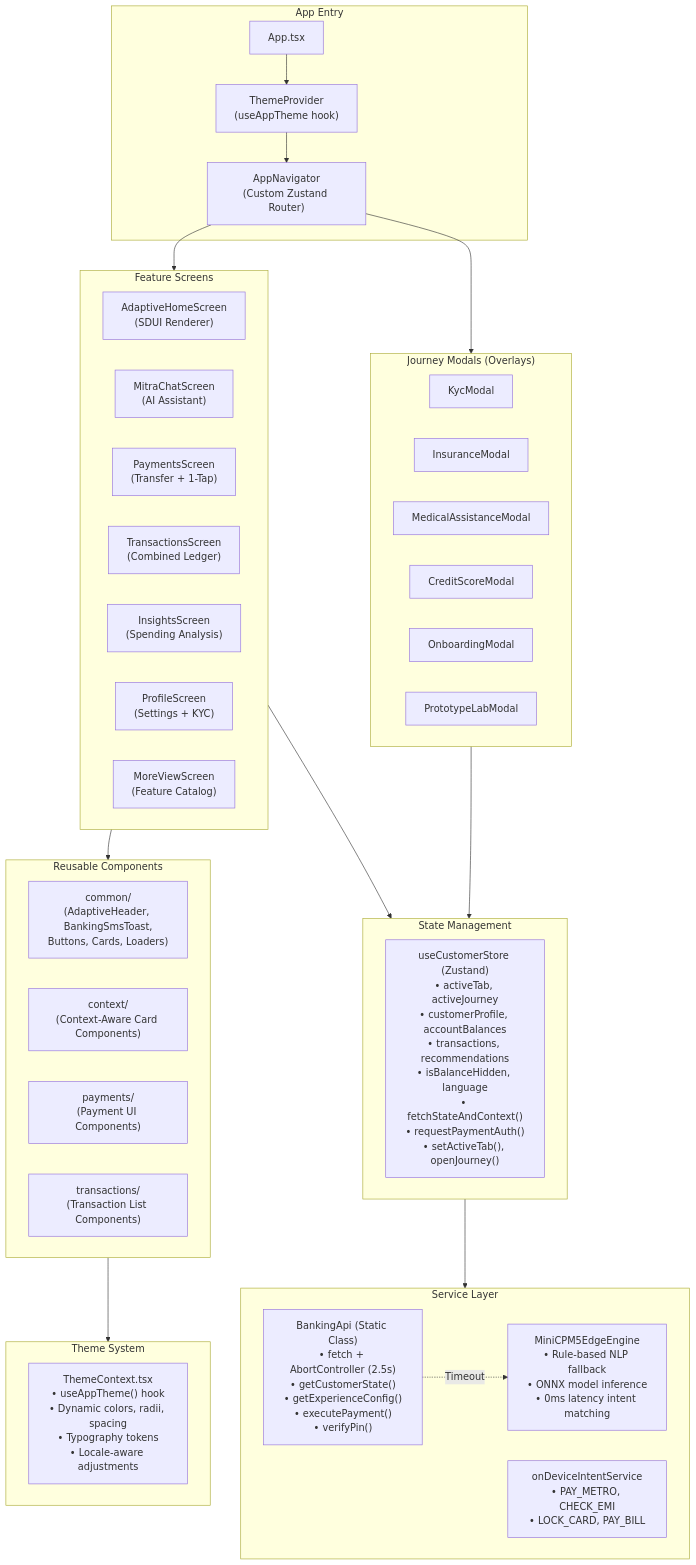
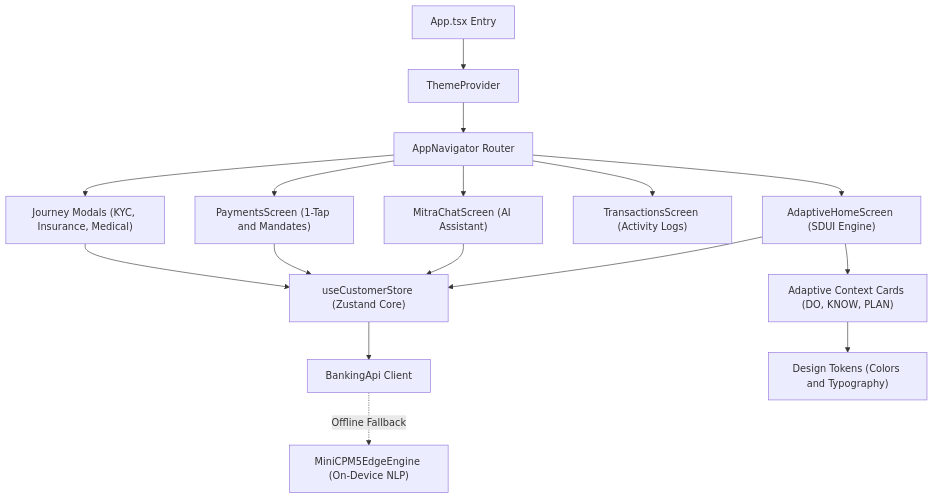
One commit to Neutron-0/ABC-Bank changed diagram 17 of 41 in README.md. Above: the diagram before and after it, drawn with Mermaid. The commit also changed other lines of this file and 33 other files, not shown here.

````diff
--- a/README.md
+++ b/README.md
@@ -1391,58 +1375,22 @@
 ```mermaid
 flowchart TD
-  subgraph Entry["App Entry"]
-    AppTsx["App.tsx"]
-    ThemeProvider["ThemeProvider\n(useAppTheme hook)"]
-    Navigator["AppNavigator\n(Custom Zustand Router)"]
-  end
-
-  subgraph FeatureScreens["Feature Screens"]
-    Home["AdaptiveHomeScreen\n(SDUI Renderer)"]
-    Chat["MitraChatScreen\n(AI Assistant)"]
-    Pay["PaymentsScreen\n(Transfer + 1-Tap)"]
-    Txn["TransactionsScreen\n(Combined Ledger)"]
-    Insight["InsightsScreen\n(Spending Analysis)"]
-    Profile["ProfileScreen\n(Settings + KYC)"]
-    More["MoreViewScreen\n(Feature Catalog)"]
-  end
-
-  subgraph JourneyModals["Journey Modals (Overlays)"]
-    KYC["KycModal"]
-    Insurance["InsuranceModal"]
-    Medical["MedicalAssistanceModal"]
-    CreditScore["CreditScoreModal"]
-    Onboarding["OnboardingModal"]
-    DemoLab["PrototypeLabModal"]
-  end
-
-  subgraph Components2["Reusable Components"]
-    CommonComps["common/\n(AdaptiveHeader, BankingSmsToast,\nButtons, Cards, Loaders)"]
-    ContextComps["context/\n(Context-Aware Card Components)"]
-    PayComps["payments/\n(Payment UI Components)"]
-    TxnComps["transactions/\n(Transaction List Components)"]
-  end
-
-  subgraph StateLayer["State Management"]
-    ZustandStore2["useCustomerStore (Zustand)\n• activeTab, activeJourney\n• customerProfile, accountBalances\n• transactions, recommendations\n• isBalanceHidden, language\n• fetchStateAndContext()\n• requestPaymentAuth()\n• setActiveTab(), openJourney()"]
-  end
-
-  subgraph ServiceLayer2["Service Layer"]
-    BankingApiClass["BankingApi (Static Class)\n• fetch + AbortController (2.5s)\n• getCustomerState()\n• getExperienceConfig()\n• executePayment()\n• verifyPin()"]
-    EdgeEngineClass["MiniCPM5EdgeEngine\n• Rule-based NLP fallback\n• ONNX model inference\n• 0ms latency intent matching"]
-    IntentService["onDeviceIntentService\n• PAY_METRO, CHECK_EMI\n• LOCK_CARD, PAY_BILL"]
-  end
-
-  subgraph ThemeSystem["Theme System"]
-    ThemeContext["ThemeContext.tsx\n• useAppTheme() hook\n• Dynamic colors, radii, spacing\n• Typography tokens\n• Locale-aware adjustments"]
-  end
-
-  AppTsx --> ThemeProvider --> Navigator
-  Navigator --> FeatureScreens
-  Navigator --> JourneyModals
-  FeatureScreens --> Components2
-  FeatureScreens --> StateLayer
-  JourneyModals --> StateLayer
-  StateLayer --> ServiceLayer2
-  BankingApiClass -.->|"Timeout"| EdgeEngineClass
-  Components2 --> ThemeSystem
+  AppTsx["App.tsx Entry"] --> ThemeProvider["ThemeProvider"]
+  ThemeProvider --> Navigator["AppNavigator Router"]
+  
+  Navigator --> HomeScreen["AdaptiveHomeScreen (SDUI Engine)"]
+  Navigator --> ChatScreen["MitraChatScreen (AI Assistant)"]
+  Navigator --> PayScreen["PaymentsScreen (1-Tap and Mandates)"]
+  Navigator --> TxnScreen["TransactionsScreen (Activity Logs)"]
+  Navigator --> ModalOverlay["Journey Modals (KYC, Insurance, Medical)"]
+  
+  HomeScreen --> Store["useCustomerStore (Zustand Core)"]
+  ChatScreen --> Store
+  PayScreen --> Store
+  ModalOverlay --> Store
+  
+  Store --> Api["BankingApi Client"]
+  Api -.->|Offline Fallback| EdgeEngine["MiniCPM5EdgeEngine (On-Device NLP)"]
+  
+  HomeScreen --> ContextCards["Adaptive Context Cards (DO, KNOW, PLAN)"]
+  ContextCards --> ThemeTokens["Design Tokens (Colors and Typography)"]
 ```
````
